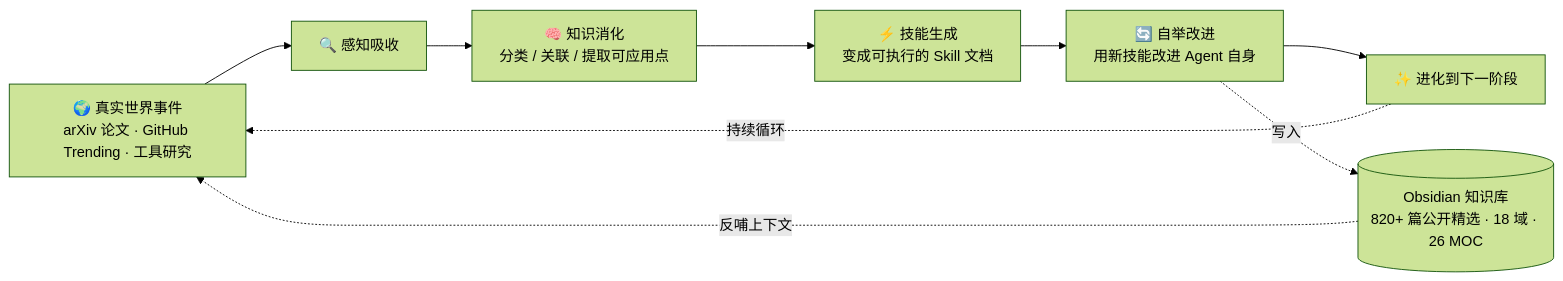
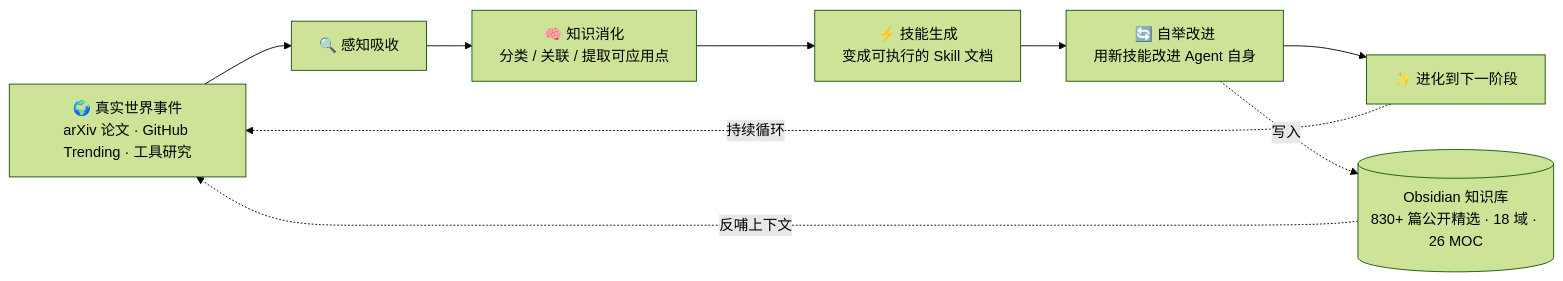
One commit to mo9652962-ai/second-brain changed the diagram in README.md. Above: the diagram before and after it, drawn with Mermaid (forest theme). The commit also changed other lines of this file and 11 other files, not shown here.

````diff
--- a/README.md
+++ b/README.md
@@ -89,11 +89,11 @@
 ```mermaid
 graph LR
     A[🌍 真实世界事件<br/>arXiv 论文 · GitHub Trending · 工具研究] --> B[🔍 感知吸收]
     B --> C[🧠 知识消化<br/>分类 / 关联 / 提取可应用点]
     C --> D[⚡ 技能生成<br/>变成可执行的 Skill 文档]
     D --> E[🔄 自举改进<br/>用新技能改进 Agent 自身]
     E --> F[✨ 进化到下一阶段]
     F -. 持续循环 .-> A
-    E -. 写入 .-> G[(Obsidian 知识库<br/>820+ 篇公开精选 · 18 域 · 26 MOC)]
+    E -. 写入 .-> G[(Obsidian 知识库<br/>830+ 篇公开精选 · 18 域 · 26 MOC)]
     G -. 反哺上下文 .-> A
 ```
````
